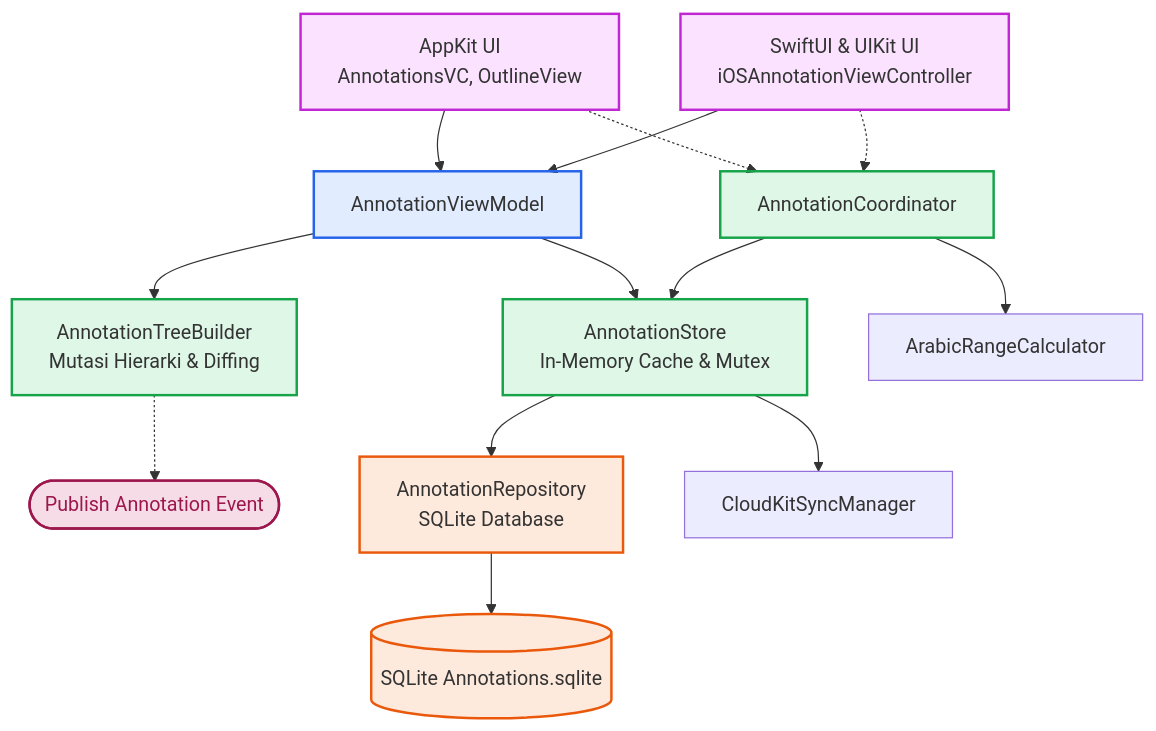
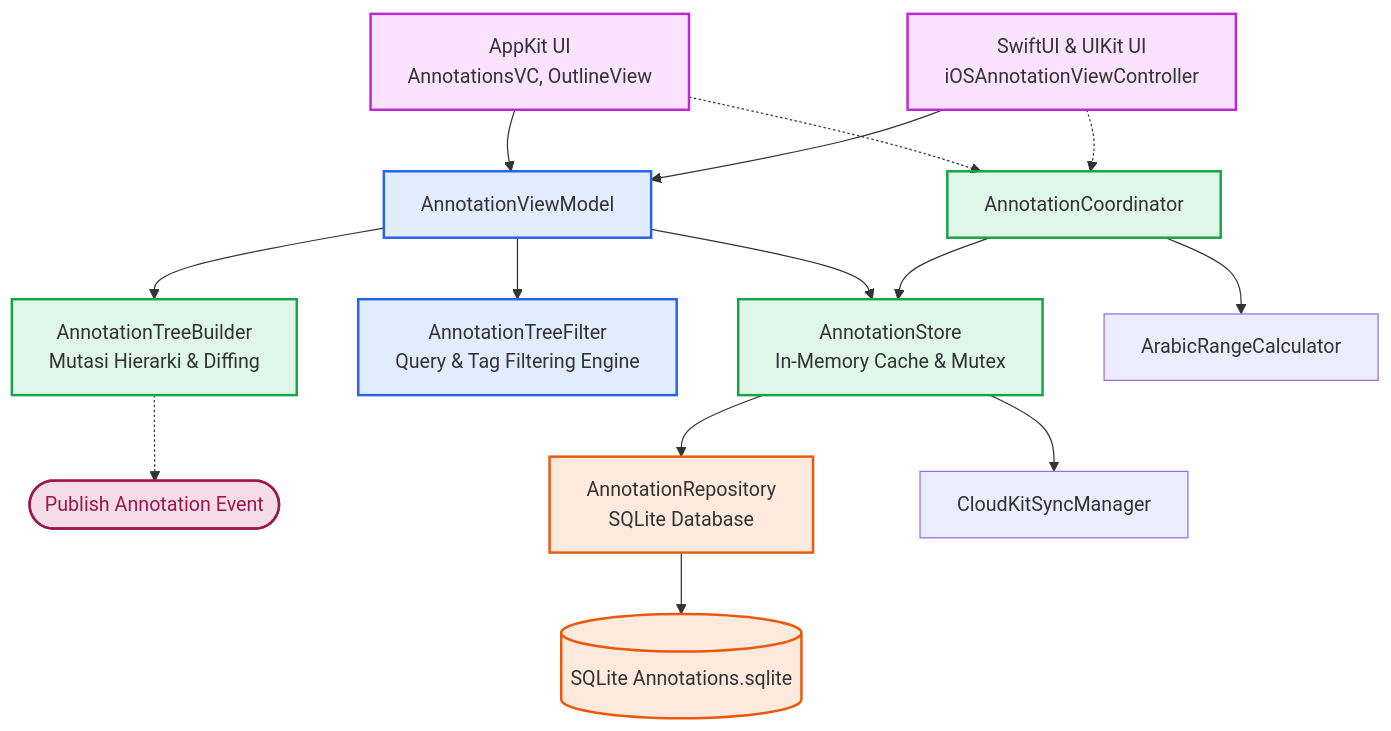
The diagram in docs/features/annotations/index.md (bismillah-100/Maktabah), drawn with Mermaid before and after one commit. The commit also changed other lines of this file and 5 other files, not shown here.

````diff
--- a/docs/features/annotations/index.md
+++ b/docs/features/annotations/index.md
@@ -28,32 +28,33 @@
 ```mermaid
 flowchart TD
     UI_Mac[AppKit UI<br>AnnotationsVC, OutlineView] --> VM[AnnotationViewModel]
     UI_iOS[SwiftUI & UIKit UI<br>iOSAnnotationViewController] --> VM
 
     VM --> Tree[AnnotationTreeBuilder<br>Mutasi Hierarki & Diffing]
+    VM --> Filter[AnnotationTreeFilter<br>Query & Tag Filtering Engine]
     Tree -.-> Publish([Publish Annotation Event])
     VM --> Store[AnnotationStore<br>In-Memory Cache & Mutex]
 
     UI_Mac -.-> Coord[AnnotationCoordinator]
     UI_iOS -.-> Coord
 
     Coord --> Calc[ArabicRangeCalculator]
     Coord --> Store
 
     Store --> Repo[AnnotationRepository<br>SQLite Database]
     Store --> Cloud[CloudKitSyncManager]
 
     Repo --> SQLite[(SQLite Annotations.sqlite)]
 
     classDef ui fill:#e040fb26,stroke:#c026d3,stroke-width:2px;
     classDef vm fill:#3b82f626,stroke:#2563eb,stroke-width:2px;
     classDef store fill:#22c55e26,stroke:#16a34a,stroke-width:2px;
     classDef db fill:#f9731626,stroke:#ea580c,stroke-width:2px;
     classDef event fill:#be185d26,stroke:#9d174d,stroke-width:2px,color:#9d174d;
 
     class UI_Mac,UI_iOS ui;
-    class VM vm;
+    class VM,Filter vm;
     class Store,Tree,Coord store;
     class Repo,SQLite db;
     class Publish event;
 ```
````
